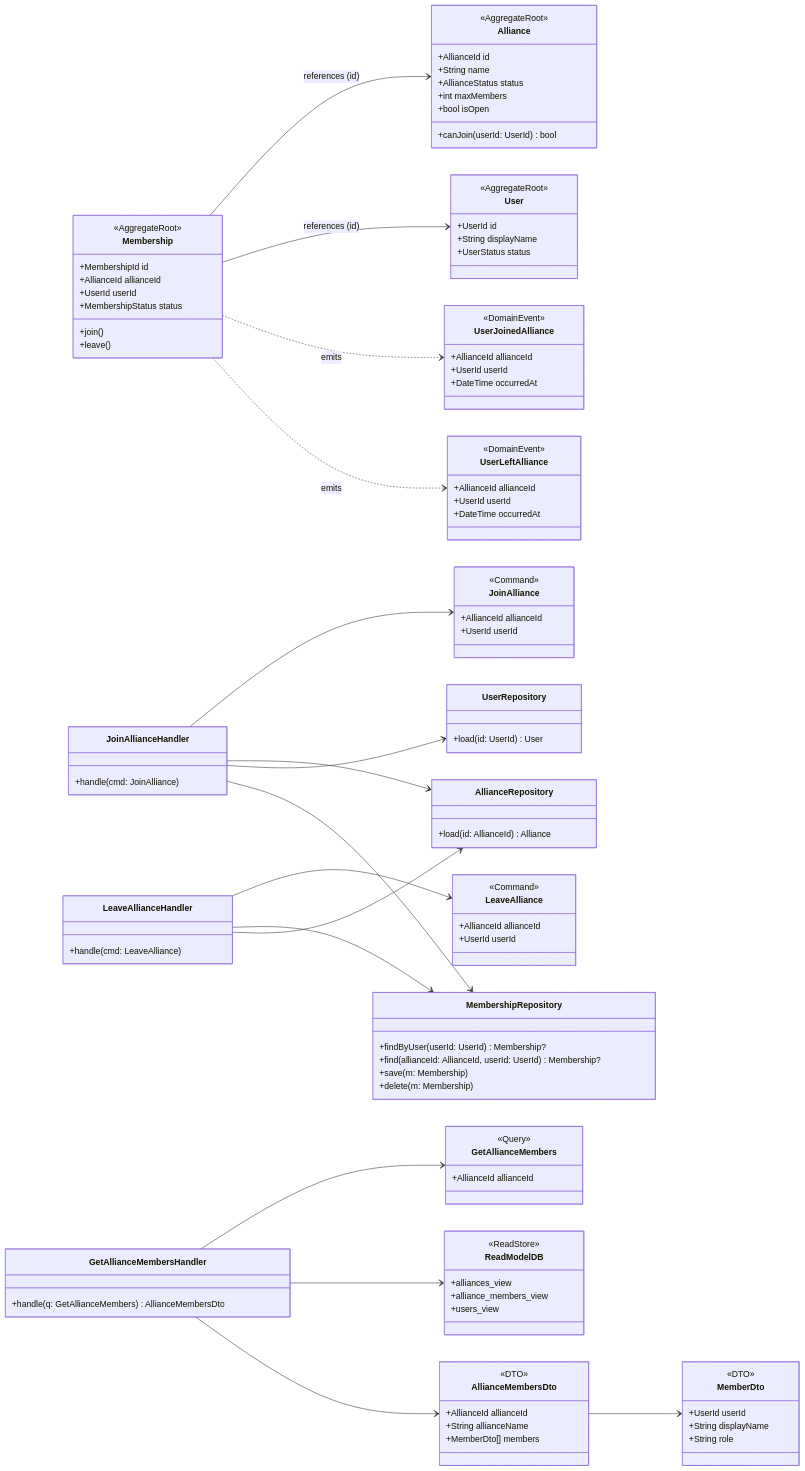
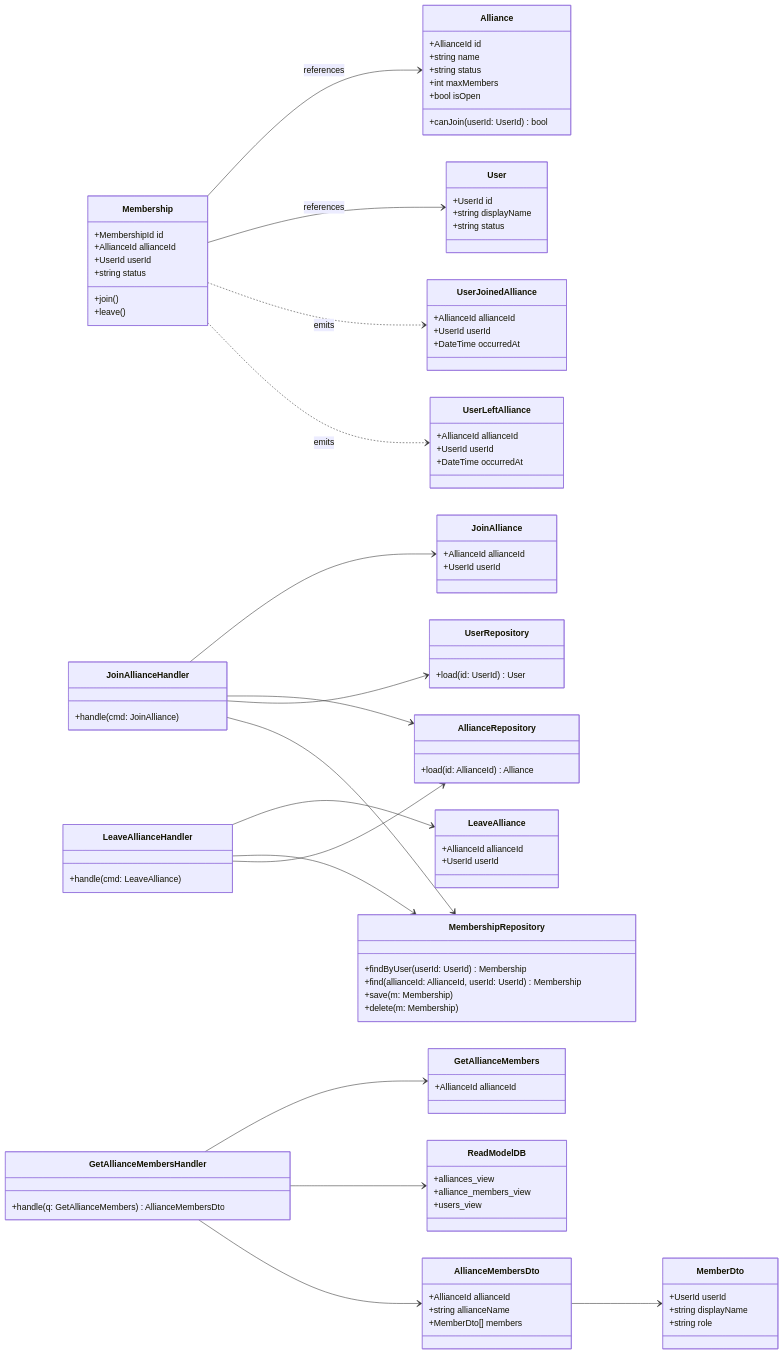
Before and after one commit to marco-behnke-thi/express-js-example: the diagram in classDiagram.md, drawn with Mermaid.

````diff
--- a/classDiagram.md
+++ b/classDiagram.md
@@ -2,67 +2,51 @@
 classDiagram
 direction LR
 
-%% =========================
-%% Domain Layer (Aggregates)
-%% =========================
-
-class Alliance <<AggregateRoot>> {
+class Alliance {
   +AllianceId id
-  +String name
-  +AllianceStatus status
+  +string name
+  +string status
   +int maxMembers
   +bool isOpen
   +canJoin(userId: UserId) bool
 }
 
-class User <<AggregateRoot>> {
+class User {
   +UserId id
-  +String displayName
-  +UserStatus status
+  +string displayName
+  +string status
 }
 
-class Membership <<AggregateRoot>> {
+class Membership {
   +MembershipId id
   +AllianceId allianceId
   +UserId userId
-  +MembershipStatus status
+  +string status
   +join()
   +leave()
 }
 
-%% =========================
-%% Commands (Write side)
-%% =========================
-
-class JoinAlliance <<Command>> {
+class JoinAlliance {
   +AllianceId allianceId
   +UserId userId
 }
 
-class LeaveAlliance <<Command>> {
+class LeaveAlliance {
   +AllianceId allianceId
   +UserId userId
 }
 
-%% =========================
-%% Domain Events
-%% =========================
-
-class UserJoinedAlliance <<DomainEvent>> {
+class UserJoinedAlliance {
   +AllianceId allianceId
   +UserId userId
   +DateTime occurredAt
 }
 
-class UserLeftAlliance <<DomainEvent>> {
+class UserLeftAlliance {
   +AllianceId allianceId
   +UserId userId
   +DateTime occurredAt
 }
-
-%% =========================
-%% Application Layer
-%% =========================
 
 class JoinAllianceHandler {
   +handle(cmd: JoinAlliance)
@@ -81,46 +65,39 @@
 }
 
 class MembershipRepository {
-  +findByUser(userId: UserId) Membership?
-  +find(allianceId: AllianceId, userId: UserId) Membership?
+  +findByUser(userId: UserId) Membership
+  +find(allianceId: AllianceId, userId: UserId) Membership
   +save(m: Membership)
   +delete(m: Membership)
 }
 
-%% =========================
-%% Query Side (Read model)
-%% =========================
-
-class GetAllianceMembers <<Query>> {
+class GetAllianceMembers {
   +AllianceId allianceId
-}
-
-class AllianceMembersDto <<DTO>> {
-  +AllianceId allianceId
-  +String allianceName
-  +MemberDto[] members
-}
-
-class MemberDto <<DTO>> {
-  +UserId userId
-  +String displayName
-  +String role
 }
 
 class GetAllianceMembersHandler {
   +handle(q: GetAllianceMembers) AllianceMembersDto
 }
 
-class ReadModelDB <<ReadStore>> {
+class AllianceMembersDto {
+  +AllianceId allianceId
+  +string allianceName
+  +MemberDto[] members
+}
+
+class MemberDto {
+  +UserId userId
+  +string displayName
+  +string role
+}
+
+class ReadModelDB {
   +alliances_view
   +alliance_members_view
   +users_view
 }
 
-%% =========================
 %% Relationships
-%% =========================
-
 JoinAllianceHandler --> JoinAlliance
 LeaveAllianceHandler --> LeaveAlliance
 
@@ -131,8 +108,8 @@
 LeaveAllianceHandler --> MembershipRepository
 LeaveAllianceHandler --> AllianceRepository
 
-Membership --> Alliance : references (id)
-Membership --> User : references (id)
+Membership --> Alliance : references
+Membership --> User : references
 
 Membership ..> UserJoinedAlliance : emits
 Membership ..> UserLeftAlliance : emits
@@ -141,4 +118,5 @@
 GetAllianceMembersHandler --> ReadModelDB
 GetAllianceMembersHandler --> AllianceMembersDto
 AllianceMembersDto --> MemberDto
+
 ```
````
